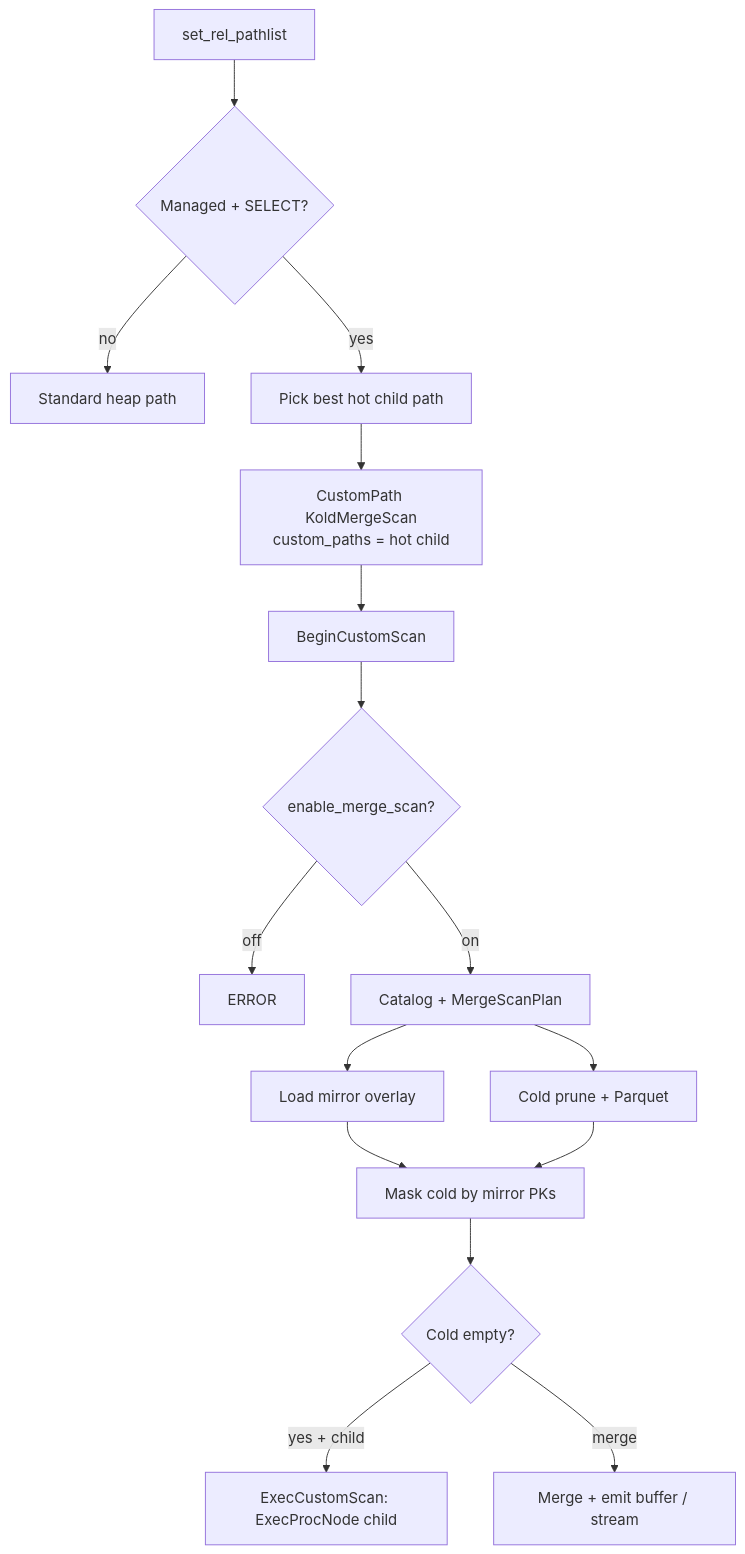
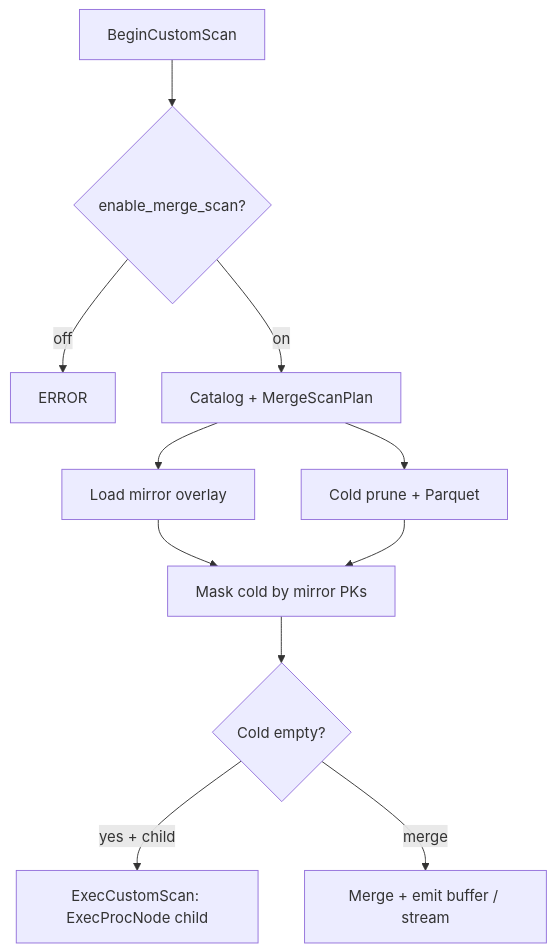
One commit to kalamdb/koldstore changed the third of 3 diagrams in docs/architecture/scanning-table.md. Above: the diagram before and after it, drawn with Mermaid. The commit also changed other lines of this file and 38 other files, not shown here.

Commit message:
Require shared preload for reliable hot and cold scans

````diff
--- a/docs/architecture/scanning-table.md
+++ b/docs/architecture/scanning-table.md
@@ -61,18 +159,24 @@
 ```mermaid
 flowchart TD
-  Hook["set_rel_pathlist"] --> Gate{Managed + SELECT?}
-  Gate -->|no| Heap[Standard heap path]
-  Gate -->|yes| Child[Pick best hot child path]
-  Child --> CP["CustomPath KoldMergeScan\ncustom_paths = hot child"]
-  CP --> Begin["BeginCustomScan"]
-  Begin --> Guc{enable_merge_scan?}
-  Guc -->|off| Err[ERROR]
-  Guc -->|on| Cat[Catalog + MergeScanPlan]
-  Cat --> Mirror[Load mirror overlay]
-  Cat --> Cold[Cold prune + Parquet]
-  Mirror --> Merge[Mask cold by mirror PKs]
+  Begin["BeginCustomScan"]
+  Guc{enable_merge_scan?}
+  Err[ERROR]
+  Cat[Catalog + MergeScanPlan]
+  Mirror[Load mirror overlay]
+  Cold[Cold prune + Parquet]
+  Merge[Mask cold by mirror PKs]
+  HotOnly{Cold empty?}
+  Stream["ExecCustomScan: ExecProcNode child"]
+  Buf["Merge + emit buffer / stream"]
+
+  Begin --> Guc
+  Guc -->|off| Err
+  Guc -->|on| Cat
+  Cat --> Mirror
+  Cat --> Cold
+  Mirror --> Merge
   Cold --> Merge
-  Merge --> HotOnly{Cold empty?}
-  HotOnly -->|yes + child| Stream["ExecCustomScan: ExecProcNode child"]
-  HotOnly -->|merge| Buf["Merge + emit buffer / stream"]
+  Merge --> HotOnly
+  HotOnly -->|yes + child| Stream
+  HotOnly -->|merge| Buf
 ```
````
